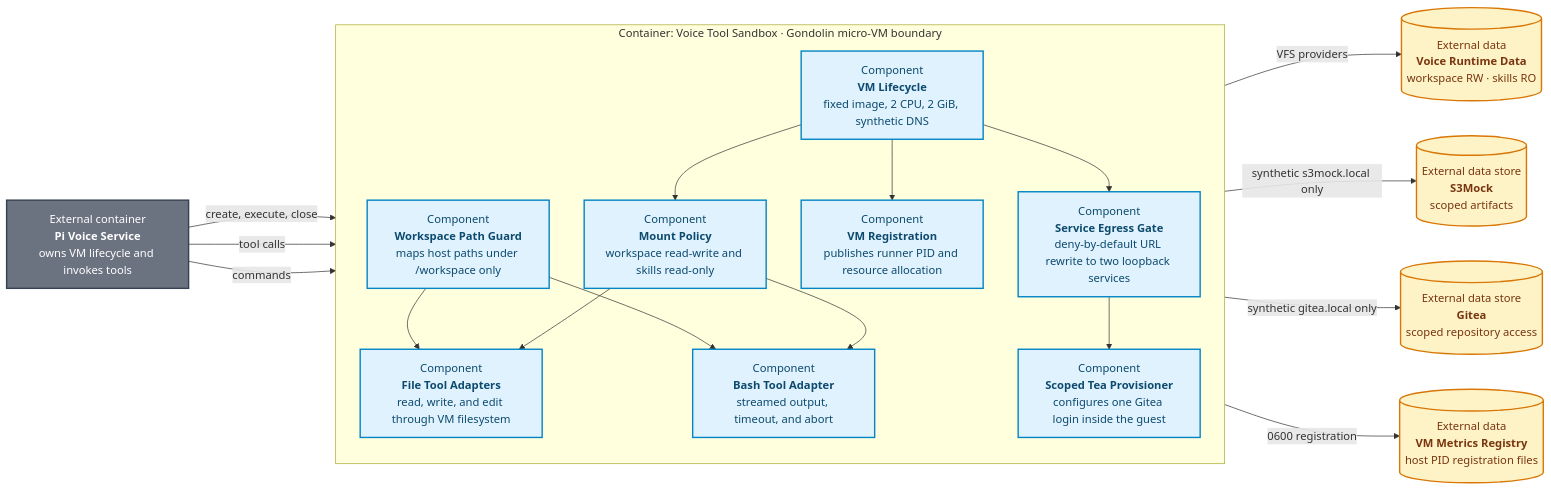
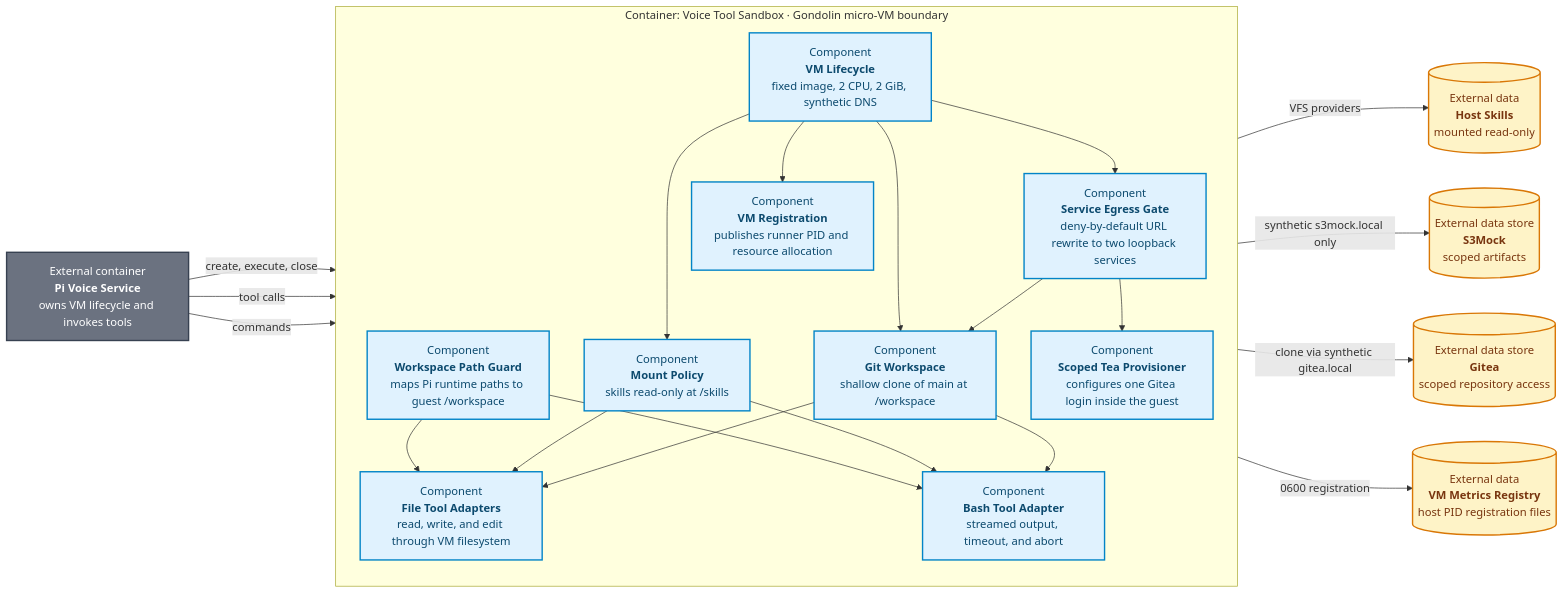
The diagram in products/voice-agent/docs/architecture/c3-voice-tool-sandbox.mmd (ragavsathish/agent-workload-platform), drawn with Mermaid before and after one commit. The commit also changed 13 other files, not shown here.

Commit message:
Use shallow Gitea clone for voice workspace

```diff
--- a/products/voice-agent/docs/architecture/c3-voice-tool-sandbox.mmd
+++ b/products/voice-agent/docs/architecture/c3-voice-tool-sandbox.mmd
@@ -1,42 +1,47 @@
 flowchart LR
     PI[External container<br/><b>Pi Voice Service</b><br/>owns VM lifecycle and invokes tools]
     S3[(External data store<br/><b>S3Mock</b><br/>scoped artifacts)]
     GITEA[(External data store<br/><b>Gitea</b><br/>scoped repository access)]
     REGISTRY[(External data<br/><b>VM Metrics Registry</b><br/>host PID registration files)]
-    DATA[(External data<br/><b>Voice Runtime Data</b><br/>workspace RW · skills RO)]
+    DATA[(External data<br/><b>Host Skills</b><br/>mounted read-only)]
 
     subgraph VM["Container: Voice Tool Sandbox · Gondolin micro-VM boundary"]
         direction TB
         LIFECYCLE["Component<br/><b>VM Lifecycle</b><br/>fixed image, 2 CPU, 2 GiB, synthetic DNS"]
-        PATHS["Component<br/><b>Workspace Path Guard</b><br/>maps host paths under /workspace only"]
+        PATHS["Component<br/><b>Workspace Path Guard</b><br/>maps Pi runtime paths to guest /workspace"]
         FILES["Component<br/><b>File Tool Adapters</b><br/>read, write, and edit through VM filesystem"]
         SHELL["Component<br/><b>Bash Tool Adapter</b><br/>streamed output, timeout, and abort"]
-        MOUNTS["Component<br/><b>Mount Policy</b><br/>workspace read-write and skills read-only"]
+        MOUNTS["Component<br/><b>Mount Policy</b><br/>skills read-only at /skills"]
+        CLONE["Component<br/><b>Git Workspace</b><br/>shallow clone of main at /workspace"]
         EGRESS["Component<br/><b>Service Egress Gate</b><br/>deny-by-default URL rewrite to two loopback services"]
         TEA["Component<br/><b>Scoped Tea Provisioner</b><br/>configures one Gitea login inside the guest"]
         METRICS["Component<br/><b>VM Registration</b><br/>publishes runner PID and resource allocation"]
 
         LIFECYCLE --> MOUNTS
+        LIFECYCLE --> CLONE
         LIFECYCLE --> EGRESS
         LIFECYCLE --> METRICS
         PATHS --> FILES
         PATHS --> SHELL
         MOUNTS --> FILES
         MOUNTS --> SHELL
+        CLONE --> FILES
+        CLONE --> SHELL
         EGRESS --> TEA
+        EGRESS --> CLONE
     end
 
     PI -->|"create, execute, close"| LIFECYCLE
     PI -->|"tool calls"| FILES
     PI -->|"commands"| SHELL
     MOUNTS -->|"VFS providers"| DATA
     EGRESS -->|"synthetic s3mock.local only"| S3
-    EGRESS -->|"synthetic gitea.local only"| GITEA
+    EGRESS -->|"clone via synthetic gitea.local"| GITEA
     METRICS -->|"0600 registration"| REGISTRY
 
     classDef component fill:#e0f2fe,color:#0c4a6e,stroke:#0284c7,stroke-width:2px;
     classDef external fill:#6b7280,color:#fff,stroke:#374151,stroke-width:2px;
     classDef data fill:#fef3c7,color:#78350f,stroke:#d97706,stroke-width:2px;
-    class LIFECYCLE,PATHS,FILES,SHELL,MOUNTS,EGRESS,TEA,METRICS component;
+    class LIFECYCLE,PATHS,FILES,SHELL,MOUNTS,CLONE,EGRESS,TEA,METRICS component;
     class PI external;
     class S3,GITEA,REGISTRY,DATA data;
```
